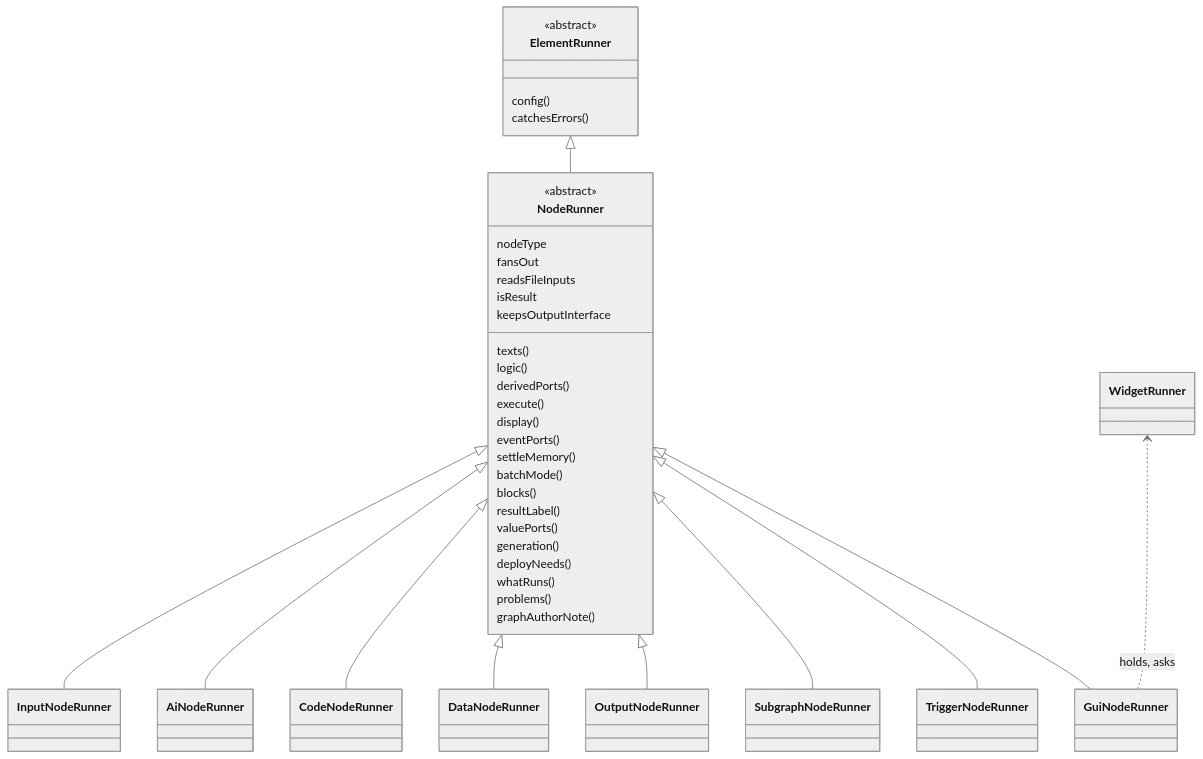
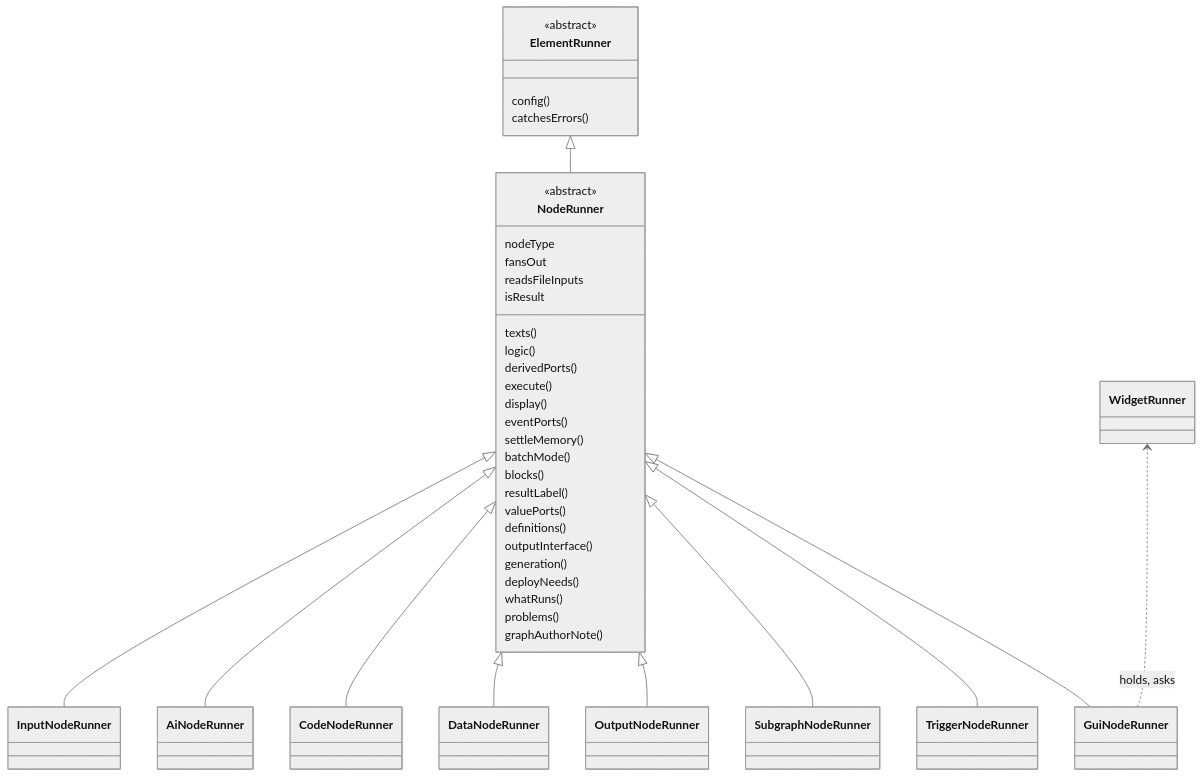
Before and after one commit to Archimedes79/AI_Graph: the third of 8 diagrams in arch/overview.md, drawn with Mermaid (neutral theme). The commit also changed other lines of this file and 6 other files, not shown here.

````diff
--- a/arch/overview.md
+++ b/arch/overview.md
@@ -159,42 +162,43 @@
 ```mermaid
 classDiagram
   class ElementRunner {
     <<abstract>>
     config()
     catchesErrors()
   }
   class NodeRunner {
     <<abstract>>
     nodeType
     texts()
     logic()
     derivedPorts()
     execute()
     display()
     eventPorts()
     settleMemory()
     fansOut
     batchMode()
     readsFileInputs
     blocks()
     isResult
     resultLabel()
     valuePorts()
-    keepsOutputInterface
+    definitions()
+    outputInterface()
     generation()
     deployNeeds()
     whatRuns()
     problems()
     graphAuthorNote()
   }
   ElementRunner <|-- NodeRunner
   NodeRunner <|-- InputNodeRunner
   NodeRunner <|-- AiNodeRunner
   NodeRunner <|-- CodeNodeRunner
   NodeRunner <|-- DataNodeRunner
   NodeRunner <|-- OutputNodeRunner
   NodeRunner <|-- SubgraphNodeRunner
   NodeRunner <|-- TriggerNodeRunner
   NodeRunner <|-- GuiNodeRunner
   WidgetRunner <.. GuiNodeRunner : holds, asks
 ```
````
